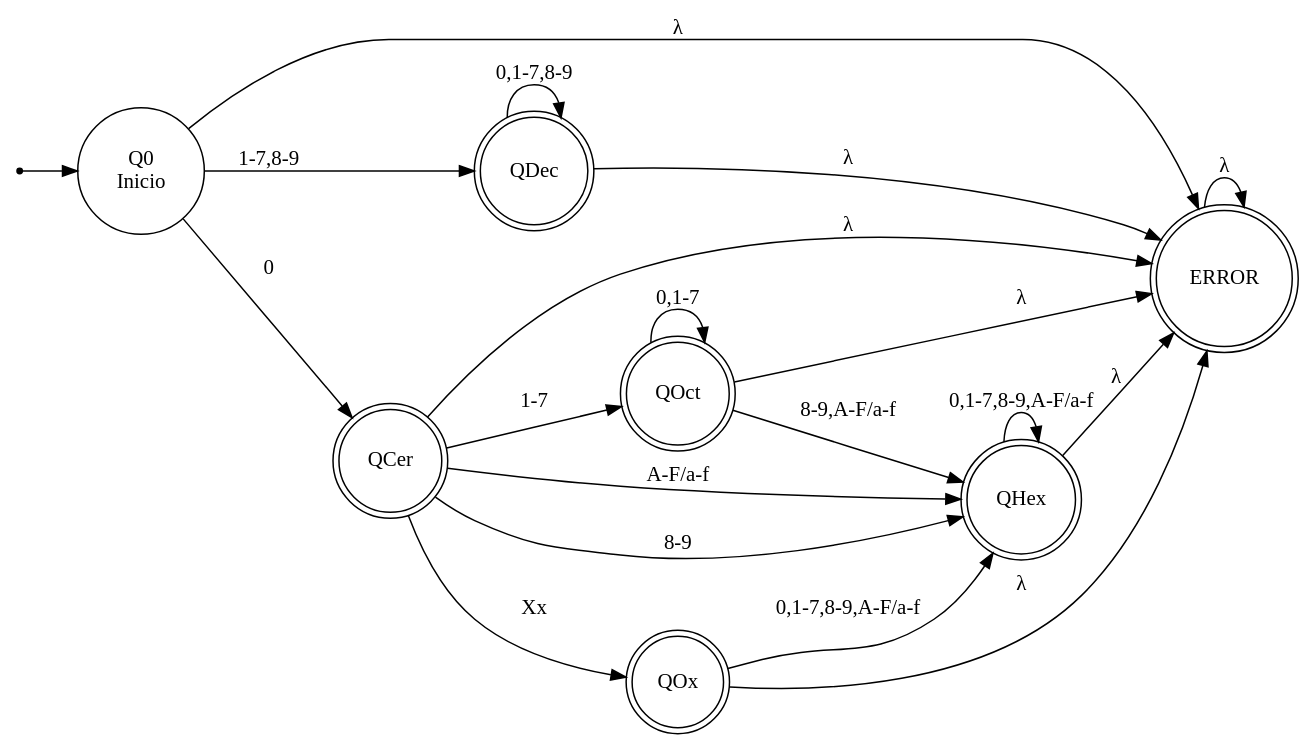
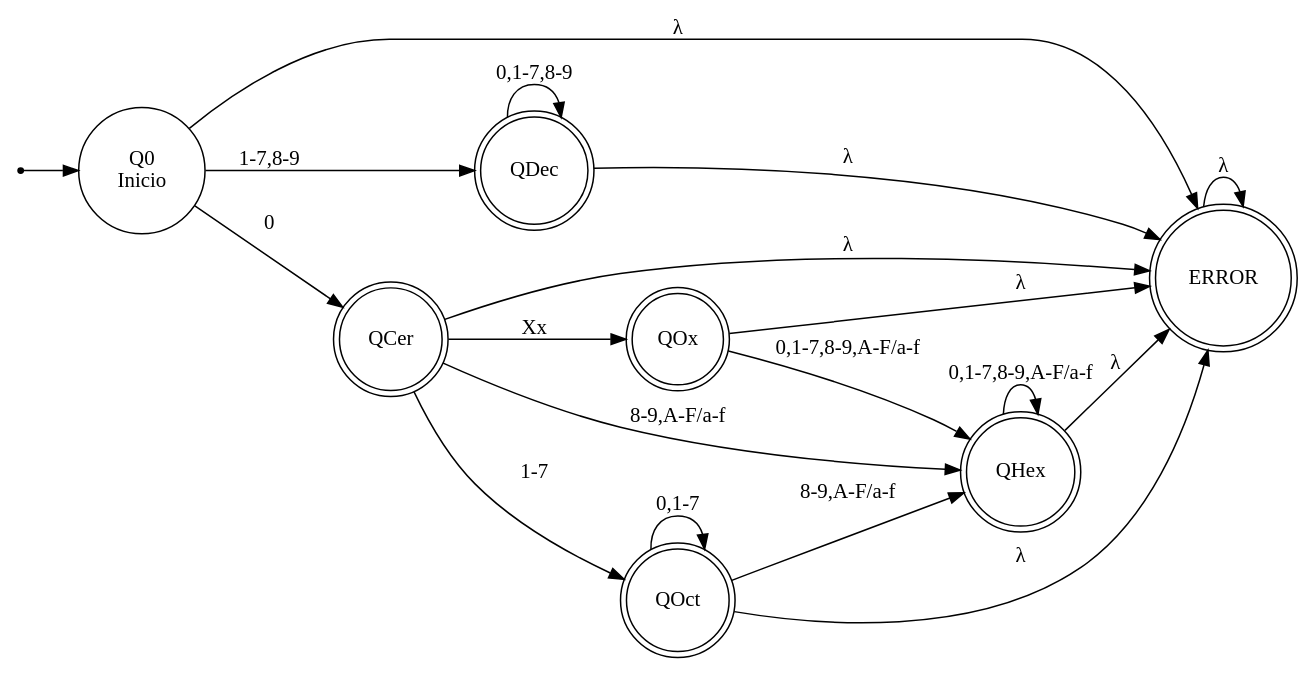
The diagram in AFD/automataFinDet.dot (mmercedesotero/Analizador-Sint-ctico-L-xico-y-Sem-ntico), drawn with Graphviz before and after one commit.

Commit message:
Siguiendo la tabla -Upd AFD Grafico

```diff
--- a/AFD/automataFinDet.dot
+++ b/AFD/automataFinDet.dot
@@ -1,40 +1,39 @@
 digraph AFD { 
   rankdir=LR; 
   size="13";
   node [shape=circle];
   Q0     [label="Q0\n Inicio"];
   QDec   [label="QDec", shape=doublecircle];
   QCer   [label="QCer", shape=doublecircle];
   QOx    [label="QOx", shape=doublecircle];
   QOct   [label="QOct", shape=doublecircle];
   QHex   [label="QHex", shape=doublecircle];
   QERROR  [label="ERROR", shape=doublecircle];
 
   inicio [shape=point];
   inicio -> Q0;
   // Q0
   Q0 -> QDec  [label="1-7,8-9"];
   Q0 -> QCer  [label="0"];
   Q0 -> QERROR [label="λ"];
   // QDec
   QDec -> QDec  [label="0,1-7,8-9"];
   QDec -> QERROR [label="λ"];
   // QCer
   QCer->QOct [label="1-7"];
-  QCer->QHex [label="8-9"];
   QCer->QOx  [label="Xx"];
-  QCer->QHex [label="A-F/a-f"];
+  QCer->QHex [label="8-9,A-F/a-f"];
   QCer -> QERROR [label="λ"];
   // QOx
   QOx->QHex [label="0,1-7,8-9,A-F/a-f"];
   QOx -> QERROR [label="λ"];
   // QOct
   QOct-> QOct [label="0,1-7"];
   QOct-> QHex [label="8-9,A-F/a-f"]; 
   QOct -> QERROR [label="λ"];
   // QHex
   QHex-> QHex [label="0,1-7,8-9,A-F/a-f"];
   QHex -> QERROR [label="λ"];
   // QERROR
   QERROR -> QERROR [label="λ"];
 } 
```
